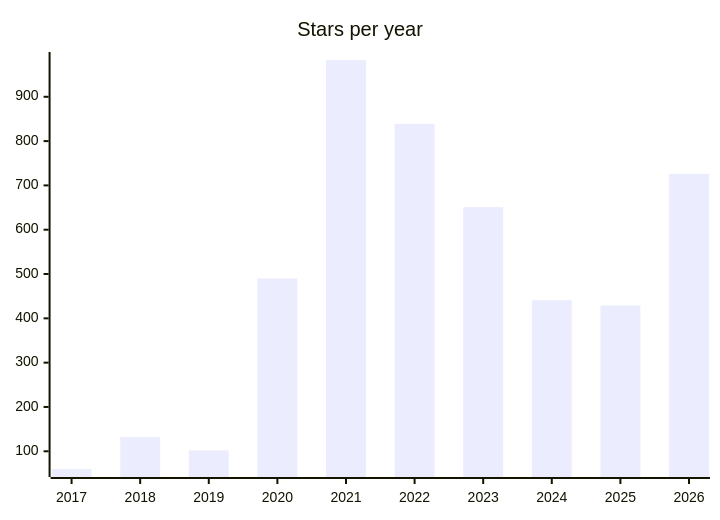
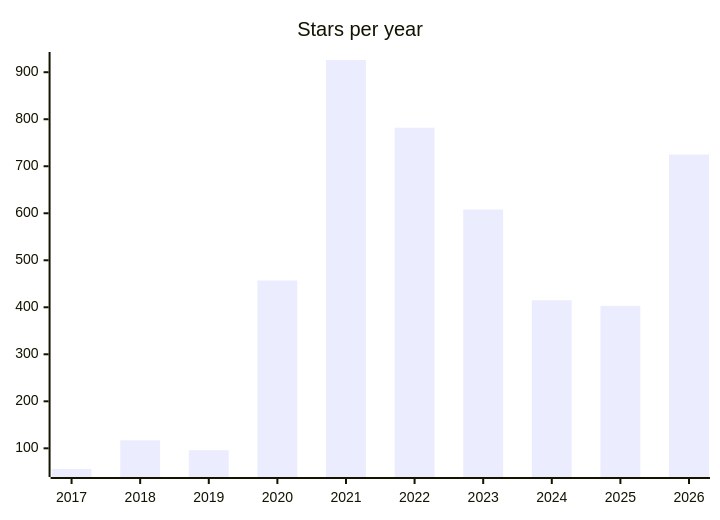
Before and after one commit to maxgfr/awesome-stars: the second of 2 diagrams in README.md, drawn with Mermaid. The commit also changed other lines of this file and 27 other files, not shown here.

````diff
--- a/README.md
+++ b/README.md
@@ -54,6 +54,6 @@
 ```mermaid
 xychart-beta
     title "Stars per year"
     x-axis [2017, 2018, 2019, 2020, 2021, 2022, 2023, 2024, 2025, 2026]
-    bar [60, 132, 102, 490, 983, 839, 651, 441, 429, 726]
+    bar [56, 117, 96, 457, 926, 782, 608, 415, 403, 725]
 ```
````
